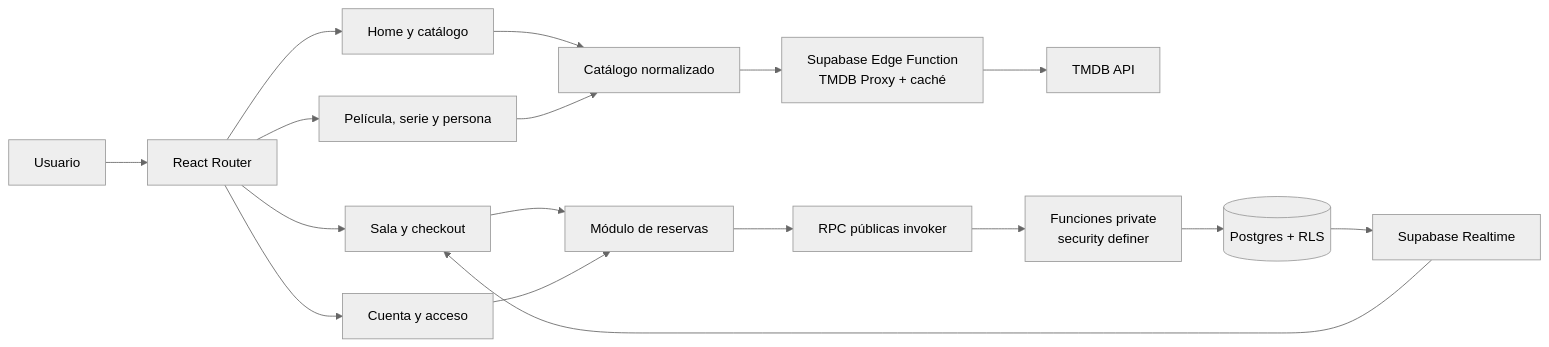
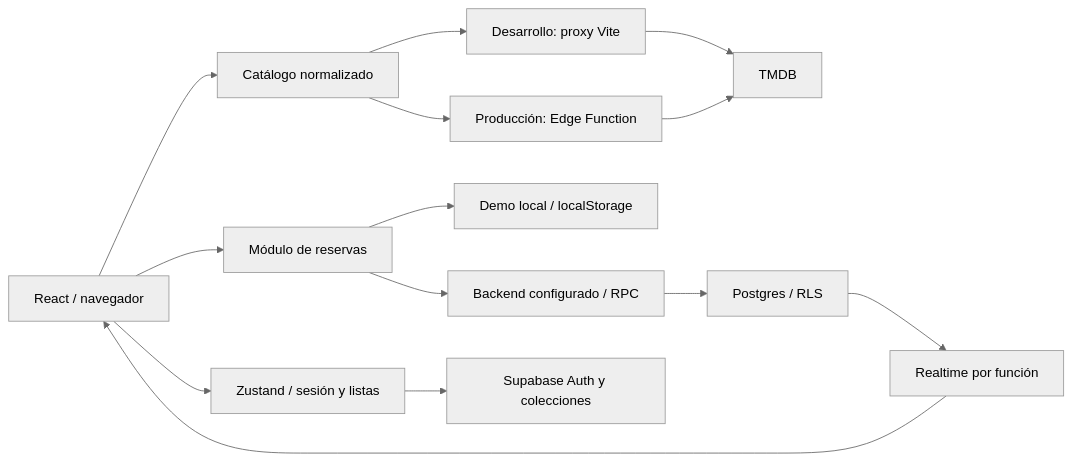
One commit to DEIMER-PY/cine-animations changed the second of 5 diagrams in README.md. Above: the diagram before and after it, drawn with Mermaid (neutral theme). The commit also changed other lines of this file and 73 other files, not shown here.

````diff
--- a/README.md
+++ b/README.md
@@ -114,19 +179,16 @@
 ```mermaid
 flowchart LR
-  U[Usuario] --> R[React Router]
-  R --> H[Home y catálogo]
-  R --> D[Película, serie y persona]
-  R --> S[Sala y checkout]
-  R --> A[Cuenta y acceso]
-  H --> C[Catálogo normalizado]
-  D --> C
-  C --> P[Supabase Edge Function\nTMDB Proxy + caché]
-  P --> T[TMDB API]
-  S --> B[Módulo de reservas]
-  A --> B
-  B --> Q[RPC públicas invoker]
-  Q --> X[Funciones private\nsecurity definer]
-  X --> DB[(Postgres + RLS)]
-  DB --> RT[Supabase Realtime]
-  RT --> S
+  UI["React / navegador"] --> C["Catálogo normalizado"]
+  C --> V["Desarrollo: proxy Vite"]
+  C --> E["Producción: Edge Function"]
+  V --> T["TMDB"]
+  E --> T
+  UI --> S["Zustand / sesión y listas"]
+  UI --> B["Módulo de reservas"]
+  B --> L["Demo local / localStorage"]
+  B --> R["Backend configurado / RPC"]
+  R --> P["Postgres / RLS"]
+  P --> RT["Realtime por función"]
+  RT --> UI
+  S --> A["Supabase Auth y colecciones"]
 ```
````
